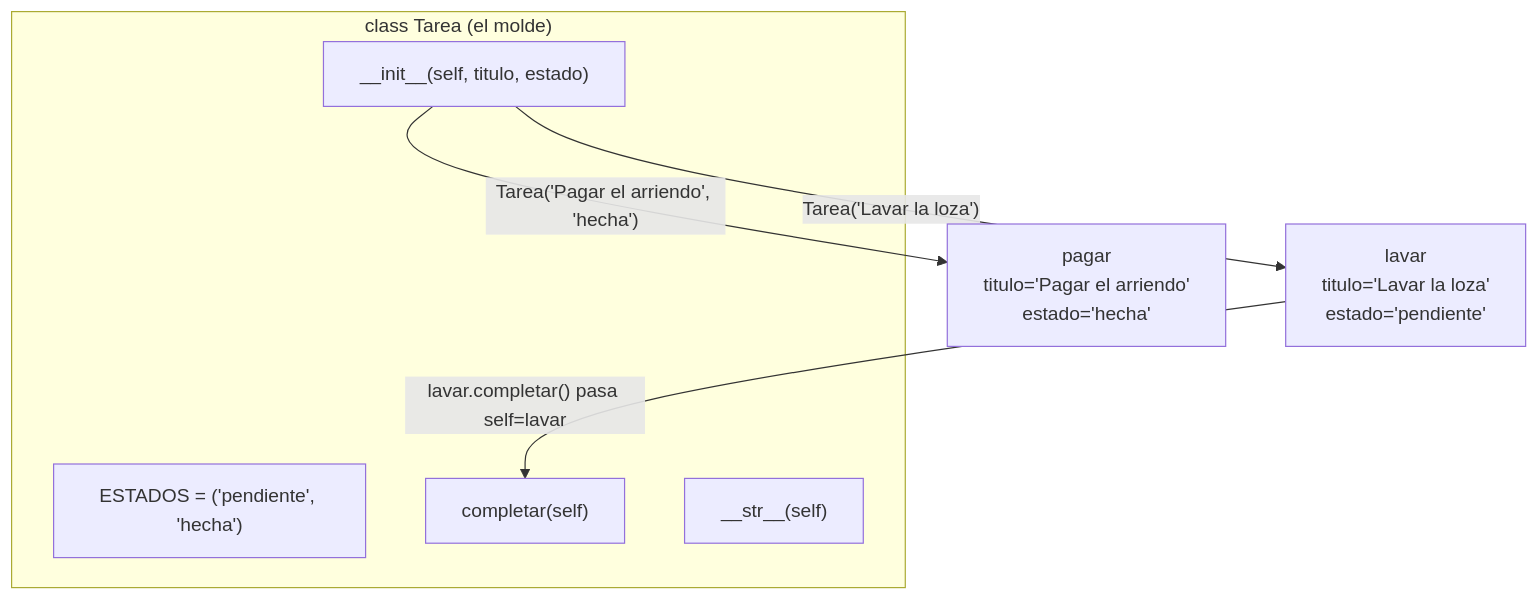
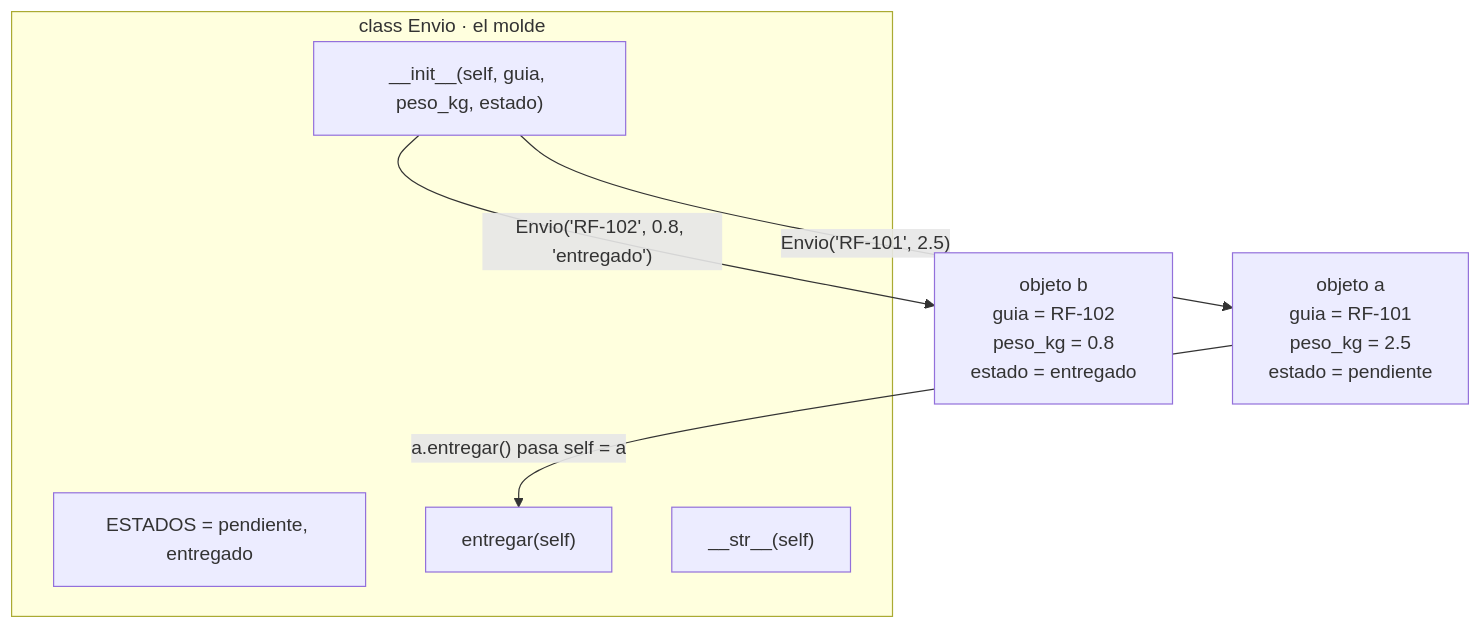
The sixth of 7 diagrams in web/public/content/foundations/modulo-1.md (NICORUIZ93/The_Imperial_Book), drawn with Mermaid before and after one commit. The commit also changed other lines of this file, not shown here.

````diff
--- a/web/public/content/foundations/modulo-1.md
+++ b/web/public/content/foundations/modulo-1.md
@@ -865,12 +1364,12 @@
 ```mermaid
 flowchart TB
-    subgraph MOLDE["class Tarea (el molde)"]
-        EST["ESTADOS = ('pendiente', 'hecha')"]
-        INIT["__init__(self, titulo, estado)"]
-        COMP["completar(self)"]
+    subgraph MOLDE["class Envio · el molde"]
+        EST["ESTADOS = pendiente, entregado"]
+        INIT["__init__(self, guia, peso_kg, estado)"]
+        ENT["entregar(self)"]
         STR["__str__(self)"]
     end
-    INIT -->|"Tarea('Lavar la loza')"| LAV["lavar<br/>titulo='Lavar la loza'<br/>estado='pendiente'"]
-    INIT -->|"Tarea('Pagar el arriendo', 'hecha')"| PAG["pagar<br/>titulo='Pagar el arriendo'<br/>estado='hecha'"]
-    LAV -->|"lavar.completar() pasa self=lavar"| COMP
+    INIT -->|"Envio('RF-101', 2.5)"| A["objeto a<br/>guia = RF-101<br/>peso_kg = 2.5<br/>estado = pendiente"]
+    INIT -->|"Envio('RF-102', 0.8, 'entregado')"| B["objeto b<br/>guia = RF-102<br/>peso_kg = 0.8<br/>estado = entregado"]
+    A -->|"a.entregar() pasa self = a"| ENT
 ```
````
